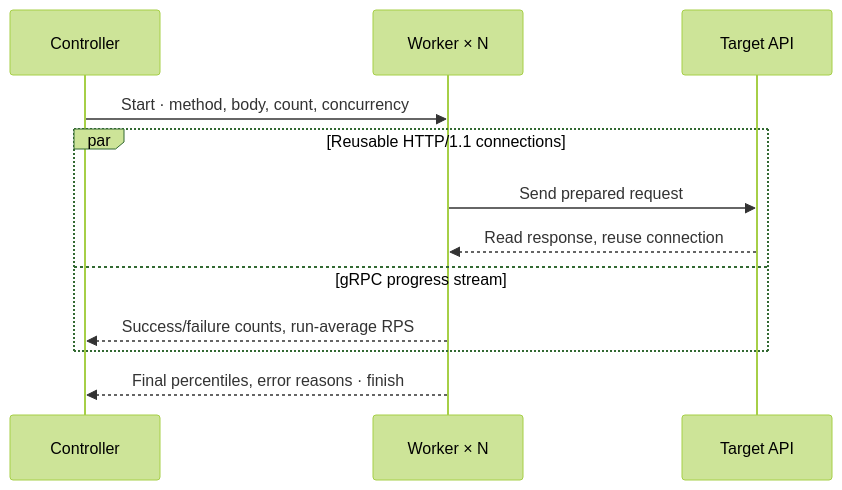
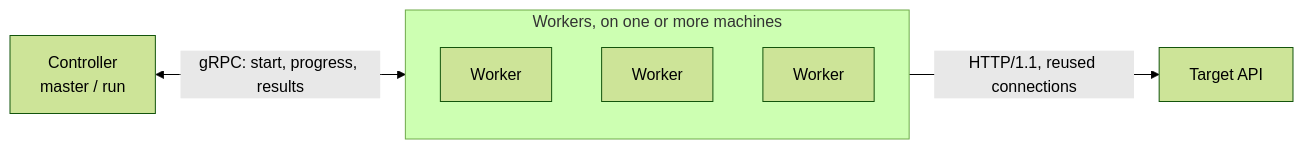
Before and after one commit to ryokotaka/SwarmGo: the diagram in README.md, drawn with Mermaid (forest theme). The commit also changed other lines of this file and 1 other file, not shown here.

````diff
--- a/README.md
+++ b/README.md
@@ -162,14 +132,12 @@
 ```mermaid
-sequenceDiagram
-    participant C as Controller
-    participant W as Worker × N
-    participant A as Target API
-    C->>W: Start · method, body, count, concurrency
-    par Reusable HTTP/1.1 connections
-        W->>A: Send prepared request
-        A-->>W: Read response, reuse connection
-    and gRPC progress stream
-        W-->>C: Success/failure counts, run-average RPS
+flowchart LR
+    C["Controller<br/>master / run"]
+    subgraph W ["Workers, on one or more machines"]
+        W1[Worker]
+        W2[Worker]
+        W3[Worker]
     end
-    W-->>C: Final percentiles, error reasons · finish
+    A[Target API]
+    C <-->|"gRPC: start, progress, results"| W
+    W -->|"HTTP/1.1, reused connections"| A
 ```
````
